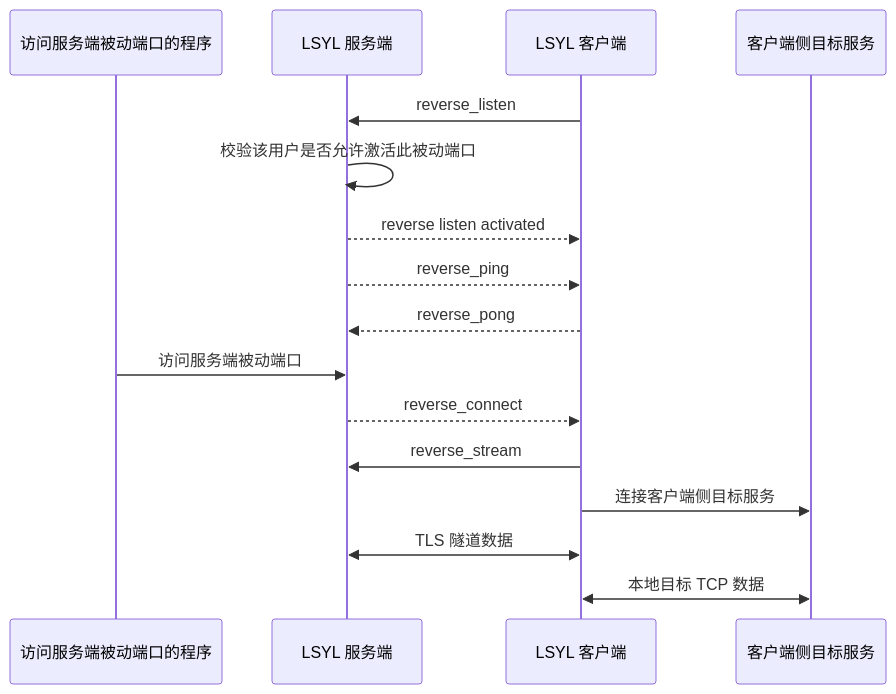
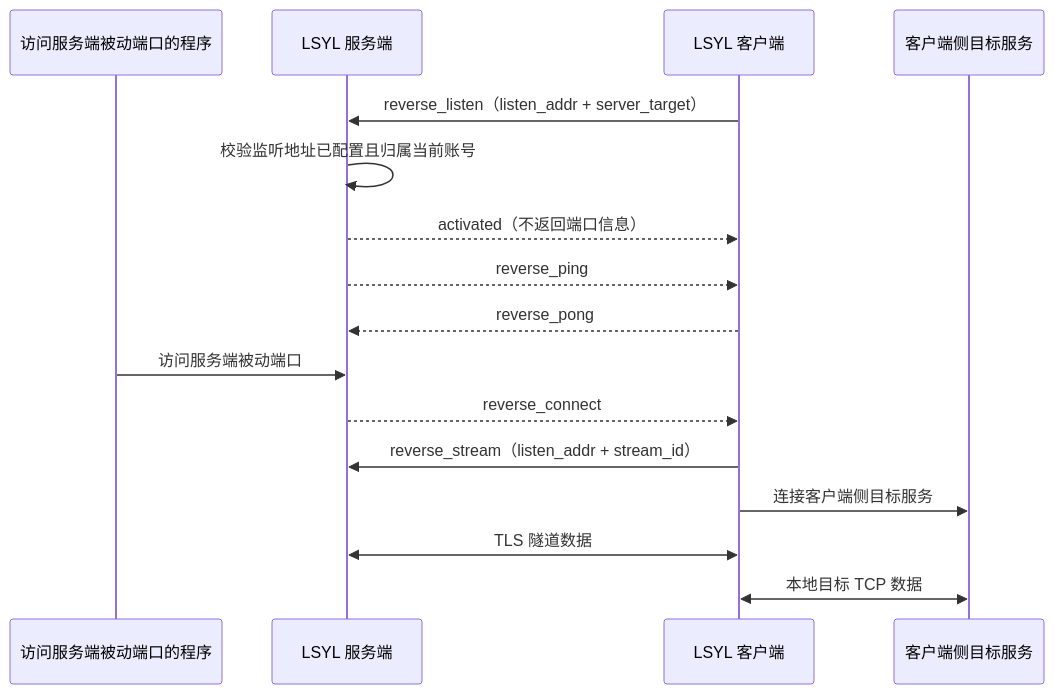
One commit to agukl/LSYL-Tunnel changed the fourth of 4 diagrams in docs/system/overview-zh.md. Above: the diagram before and after it, drawn with Mermaid. The commit also changed other lines of this file and 51 other files, not shown here.

````diff
--- a/docs/system/overview-zh.md
+++ b/docs/system/overview-zh.md
@@ -158,20 +158,20 @@
 ```mermaid
 sequenceDiagram
     participant Inbound as 访问服务端被动端口的程序
     participant Server as LSYL 服务端
     participant Client as LSYL 客户端
     participant Target as 客户端侧目标服务
 
-    Client->>Server: reverse_listen
-    Server->>Server: 校验该用户是否允许激活此被动端口
-    Server-->>Client: reverse listen activated
+    Client->>Server: reverse_listen（listen_addr + server_target）
+    Server->>Server: 校验监听地址已配置且归属当前账号
+    Server-->>Client: activated（不返回端口信息）
     Server-->>Client: reverse_ping
     Client-->>Server: reverse_pong
 
     Inbound->>Server: 访问服务端被动端口
     Server-->>Client: reverse_connect
-    Client->>Server: reverse_stream
+    Client->>Server: reverse_stream（listen_addr + stream_id）
     Client->>Target: 连接客户端侧目标服务
     Server<<->>Client: TLS 隧道数据
     Client<<->>Target: 本地目标 TCP 数据
 ```
````
